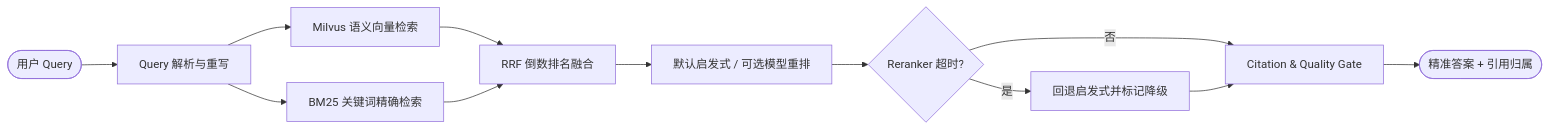
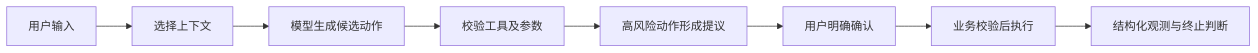
Before and after one commit to Lin-sist/Linsist-Skill: the first of 2 diagrams in skills/linsist-coach/references/curriculums/java-agent-rag/projects-context.md, drawn with Mermaid. The commit also changed other lines of this file and 19 other files, not shown here.

````diff
--- a/skills/linsist-coach/references/curriculums/java-agent-rag/projects-context.md
+++ b/skills/linsist-coach/references/curriculums/java-agent-rag/projects-context.md
@@ -57,14 +9,10 @@
 ```mermaid
-graph LR
-    Query([用户 Query]) --> PreProcess[Query 解析与重写]
-    PreProcess --> Dense[Milvus 语义向量检索]
-    PreProcess --> Sparse[BM25 关键词精确检索]
-    Dense --> RRF[RRF 倒数排名融合]
-    Sparse --> RRF
-    RRF --> Rerank[默认启发式 / 可选模型重排]
-    Rerank --> Fallback{Reranker 超时?}
-    Fallback -- 是 --> Heuristic[回退启发式并标记降级]
-    Fallback -- 否 --> QualityGate[Citation & Quality Gate]
-    Heuristic --> QualityGate
-    QualityGate --> Answer([精准答案 + 引用归属])
+flowchart LR
+    Input[用户输入] --> Context[选择上下文]
+    Context --> Model[模型生成候选动作]
+    Model --> Check[校验工具及参数]
+    Check --> Proposal[高风险动作形成提议]
+    Proposal --> Confirm[用户明确确认]
+    Confirm --> Execute[业务校验后执行]
+    Execute --> Observe[结构化观测与终止判断]
 ```
````
